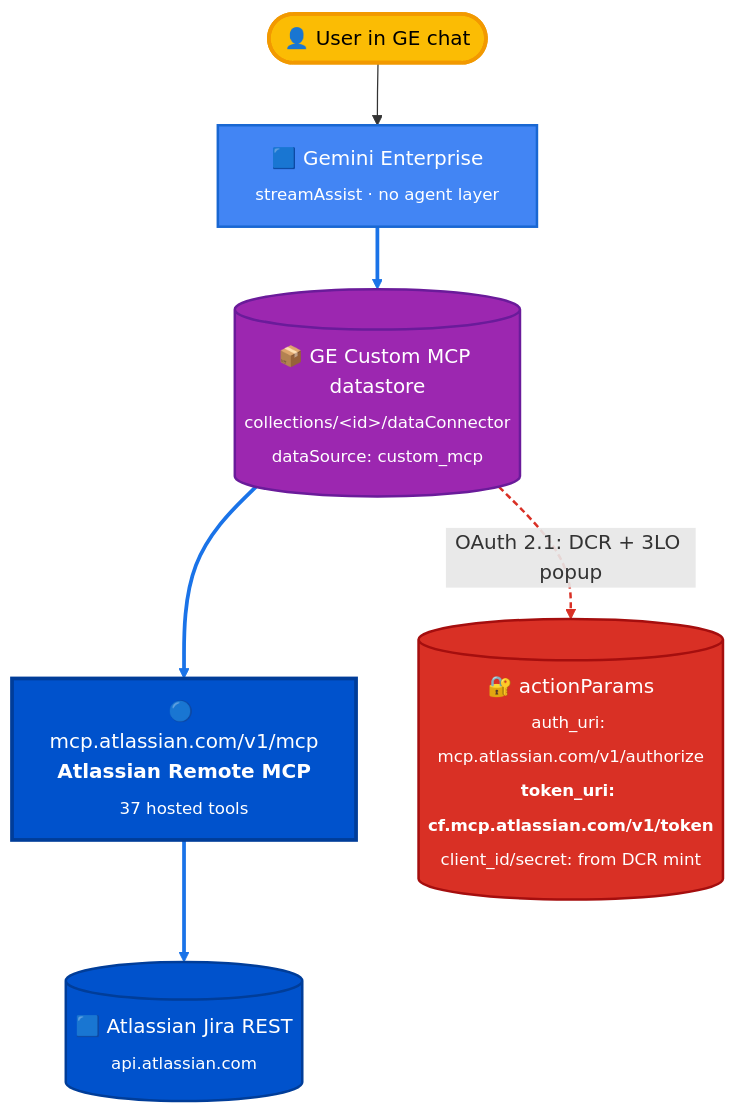
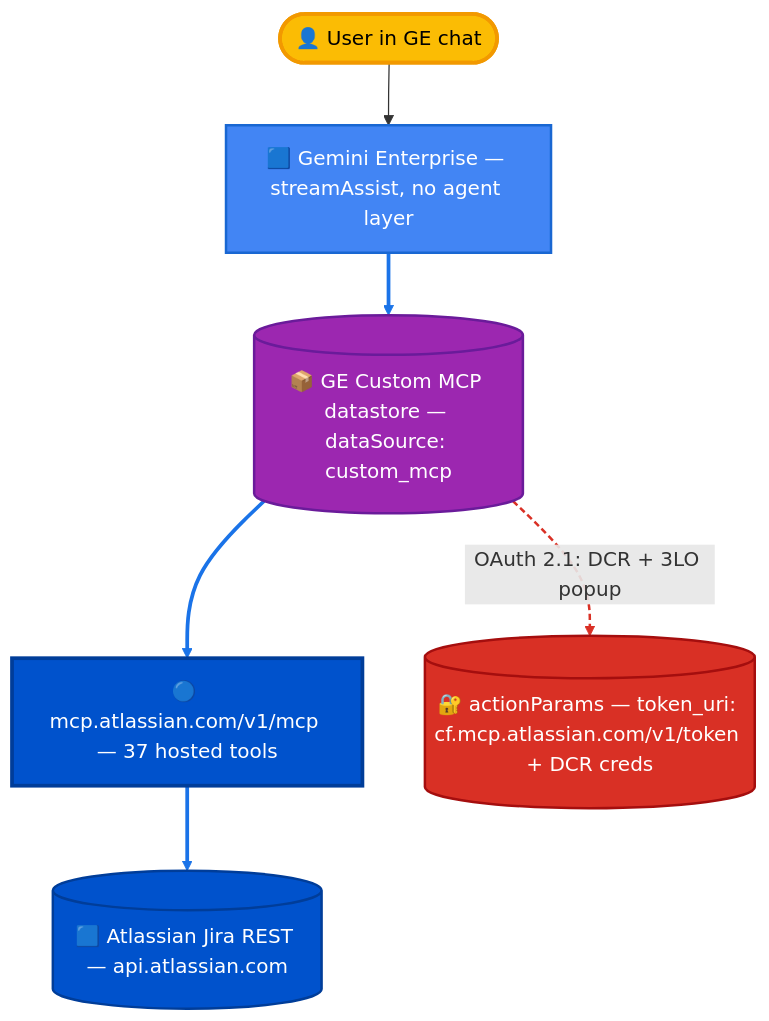
The diagram in semiautonomous-agents/atlassian-jira-integration/option-b-direct-remote-mcp/README.md (jchavezar/vertex-ai-samples), drawn with Mermaid before and after one commit. The commit also changed 3 other files, not shown here.

Commit message:
fix(atlassian-jira-integration): collapse multi-line node labels to single-line so mermaid doesn't overlap text

````diff
--- a/semiautonomous-agents/atlassian-jira-integration/option-b-direct-remote-mcp/README.md
+++ b/semiautonomous-agents/atlassian-jira-integration/option-b-direct-remote-mcp/README.md
@@ -13,24 +13,24 @@
 ```mermaid
 flowchart TB
   user(["👤 User in GE chat"]):::user
-  ge["🟦 Gemini Enterprise<br/><sub>streamAssist · no agent layer</sub>"]:::ge
-  store[("📦 GE Custom MCP datastore<br/><sub>collections/&lt;id&gt;/dataConnector<br/>dataSource: custom_mcp</sub>")]:::store
-  rmcp["🔵 mcp.atlassian.com/v1/mcp<br/><b>Atlassian Remote MCP</b><br/><sub>37 hosted tools</sub>"]:::rmcp
-  jira[("🟦 Atlassian Jira REST<br/><sub>api.atlassian.com</sub>")]:::jira
-  auth[("🔐 actionParams<br/><sub>auth_uri: mcp.atlassian.com/v1/authorize</sub><br/><sub><b>token_uri: cf.mcp.atlassian.com/v1/token</b></sub><br/><sub>client_id/secret: from DCR mint</sub>")]:::auth
+  ge["🟦 Gemini Enterprise — streamAssist, no agent layer"]:::ge
+  store[("📦 GE Custom MCP datastore — dataSource: custom_mcp")]:::store
+  rmcp["🔵 mcp.atlassian.com/v1/mcp — 37 hosted tools"]:::rmcp
+  jira[("🟦 Atlassian Jira REST — api.atlassian.com")]:::jira
+  auth[("🔐 actionParams — token_uri: cf.mcp.atlassian.com/v1/token + DCR creds")]:::auth
 
   user --> ge
   ge ==> store
   store -.->|OAuth 2.1: DCR + 3LO popup| auth
   store ==> rmcp
   rmcp ==> jira
 
   classDef user fill:#FBBC04,stroke:#F29900,stroke-width:3px,color:#000
   classDef ge fill:#4285F4,stroke:#1967D2,stroke-width:2px,color:#fff
   classDef store fill:#9C27B0,stroke:#6A1B9A,stroke-width:2px,color:#fff
   classDef rmcp fill:#0052CC,stroke:#003D99,stroke-width:3px,color:#fff
   classDef jira fill:#0052CC,stroke:#003D99,stroke-width:2px,color:#fff
   classDef auth fill:#D93025,stroke:#A50E0E,stroke-width:2px,color:#fff
   linkStyle 1,3,4 stroke:#1A73E8,stroke-width:3px
   linkStyle 2 stroke:#D93025,stroke-width:2px,stroke-dasharray:5 3
 ```
````
